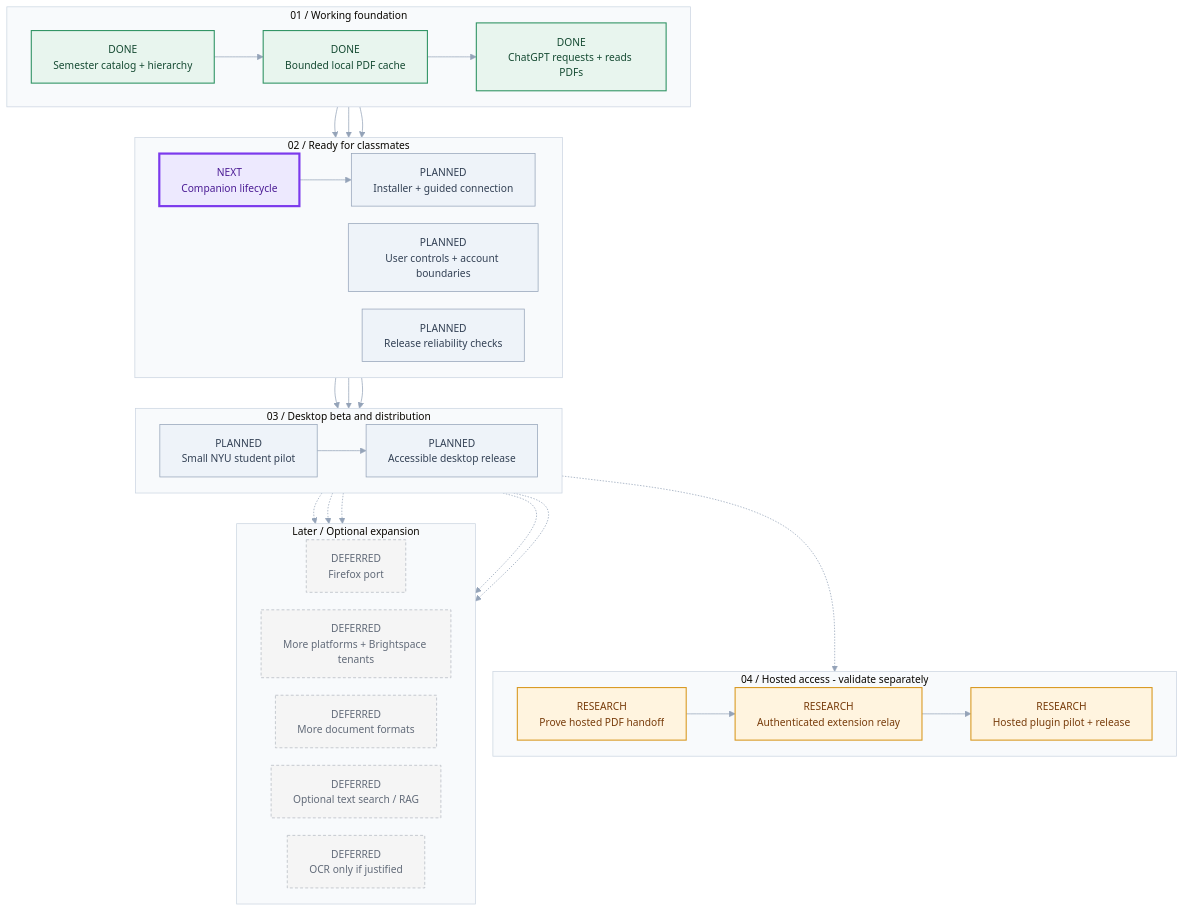
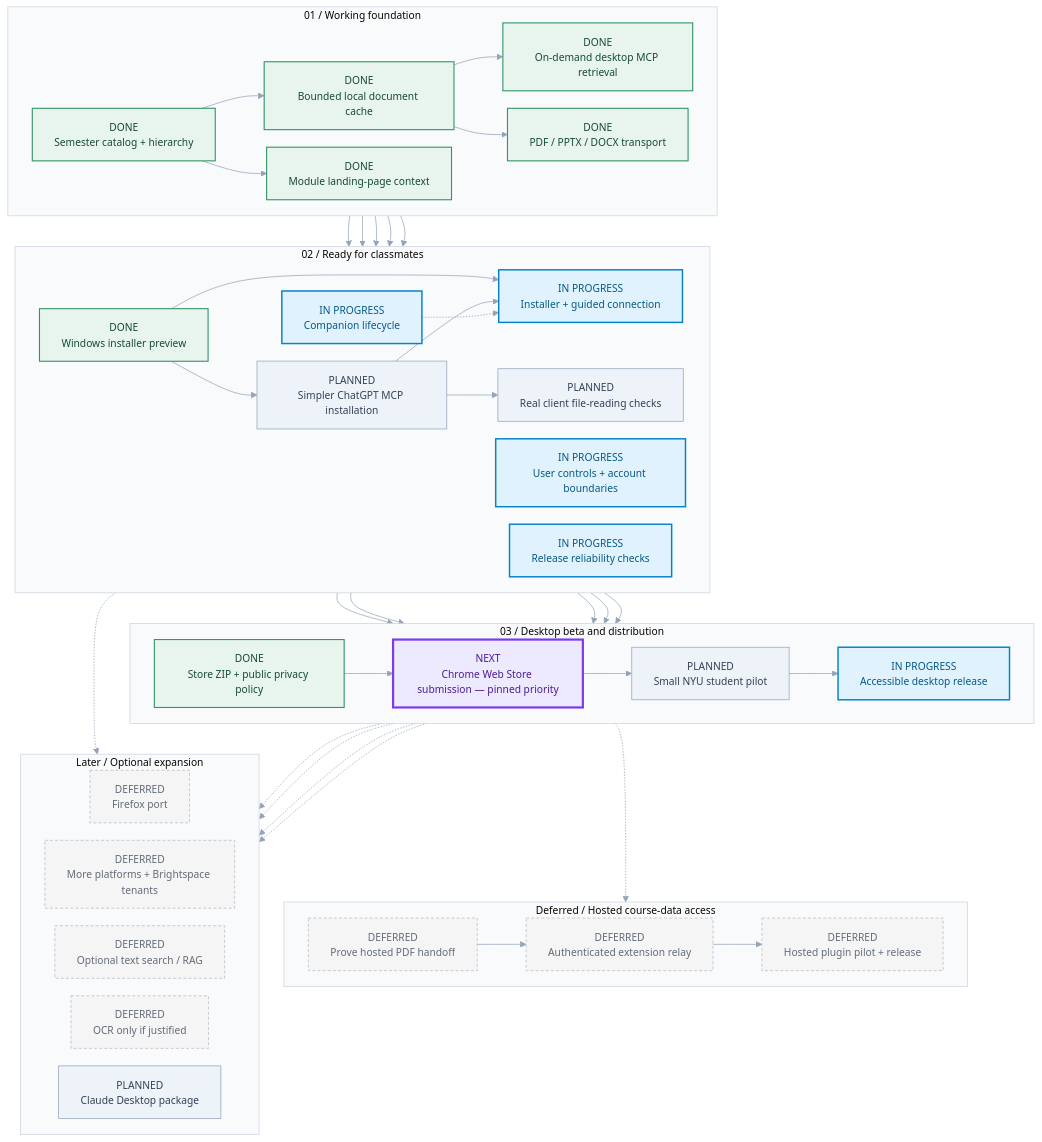
One commit to khin101wastaken/brightspace-context changed the diagram in docs/ROADMAP.md. Above: the diagram before and after it, drawn with Mermaid. The commit also changed other lines of this file and 67 other files, not shown here.

Commit message:
Prepare open-source preview with Office retrieval, module context and polished search

````diff
--- a/docs/ROADMAP.md
+++ b/docs/ROADMAP.md
@@ -11,60 +11,80 @@
 ```mermaid
 %% Generated from roadmap.json. Edit the source, then run npm run roadmap.
 %%{init: {"theme":"base","themeVariables":{"fontFamily":"Segoe UI, system-ui, sans-serif","fontSize":"14px","lineColor":"#94a3b8","clusterBkg":"#f8fafc","clusterBorder":"#cbd5e1","primaryTextColor":"#0f172a"},"flowchart":{"curve":"basis","nodeSpacing":24,"rankSpacing":42,"htmlLabels":true}}}%%
 flowchart TB
   subgraph p_core["01 / Working foundation"]
     direction LR
     m_catalog["DONE<br/>Semester catalog + hierarchy"]:::done
-    m_cache["DONE<br/>Bounded local PDF cache"]:::done
-    m_retrieval["DONE<br/>ChatGPT requests + reads PDFs"]:::done
+    m_cache["DONE<br/>Bounded local document cache"]:::done
+    m_retrieval["DONE<br/>On-demand desktop MCP retrieval"]:::done
+    m_formats["DONE<br/>PDF / PPTX / DOCX transport"]:::done
+    m_module_notes["DONE<br/>Module landing-page context"]:::done
   end
   subgraph p_readiness["02 / Ready for classmates"]
     direction LR
-    m_lifecycle["NEXT<br/>Companion lifecycle"]:::next
-    m_onboarding["PLANNED<br/>Installer + guided connection"]:::planned
-    m_controls["PLANNED<br/>User controls + account boundaries"]:::planned
-    m_hardening["PLANNED<br/>Release reliability checks"]:::planned
+    m_lifecycle["IN PROGRESS<br/>Companion lifecycle"]:::in_progress
+    m_onboarding["IN PROGRESS<br/>Installer + guided connection"]:::in_progress
+    m_controls["IN PROGRESS<br/>User controls + account boundaries"]:::in_progress
+    m_hardening["IN PROGRESS<br/>Release reliability checks"]:::in_progress
+    m_installer["DONE<br/>Windows installer preview"]:::done
+    m_mcp_install["PLANNED<br/>Simpler ChatGPT MCP installation"]:::planned
+    m_file_readers["PLANNED<br/>Real client file-reading checks"]:::planned
   end
   subgraph p_release["03 / Desktop beta and distribution"]
     direction LR
     m_pilot["PLANNED<br/>Small NYU student pilot"]:::planned
-    m_desktop_release["PLANNED<br/>Accessible desktop release"]:::planned
+    m_desktop_release["IN PROGRESS<br/>Accessible desktop release"]:::in_progress
+    m_store_assets["DONE<br/>Store ZIP + public privacy policy"]:::done
+    m_store_listing["NEXT<br/>Chrome Web Store submission — pinned priority"]:::next
   end
-  subgraph p_web["04 / Hosted access - validate separately"]
+  subgraph p_web["Deferred / Hosted course-data access"]
     direction LR
-    m_web_handoff["RESEARCH<br/>Prove hosted PDF handoff"]:::research
-    m_remote_bridge["RESEARCH<br/>Authenticated extension relay"]:::research
-    m_hosted_release["RESEARCH<br/>Hosted plugin pilot + release"]:::research
+    m_web_handoff["DEFERRED<br/>Prove hosted PDF handoff"]:::deferred
+    m_remote_bridge["DEFERRED<br/>Authenticated extension relay"]:::deferred
+    m_hosted_release["DEFERRED<br/>Hosted plugin pilot + release"]:::deferred
   end
   subgraph p_later["Later / Optional expansion"]
     direction LR
     m_firefox["DEFERRED<br/>Firefox port"]:::deferred
     m_platforms["DEFERRED<br/>More platforms + Brightspace tenants"]:::deferred
-    m_formats["DEFERRED<br/>More document formats"]:::deferred
     m_indexing["DEFERRED<br/>Optional text search / RAG"]:::deferred
     m_ocr["DEFERRED<br/>OCR only if justified"]:::deferred
+    m_claude["PLANNED<br/>Claude Desktop package"]:::planned
   end
   m_catalog --> m_cache
   m_cache --> m_retrieval
   m_retrieval --> m_lifecycle
-  m_lifecycle --> m_onboarding
   m_retrieval --> m_controls
   m_retrieval --> m_hardening
   m_onboarding --> m_pilot
   m_controls --> m_pilot
   m_hardening --> m_pilot
   m_pilot --> m_desktop_release
   m_desktop_release -.-> m_web_handoff
   m_web_handoff --> m_remote_bridge
   m_remote_bridge --> m_hosted_release
   m_desktop_release -.-> m_firefox
   m_desktop_release -.-> m_platforms
-  m_desktop_release -.-> m_formats
   m_desktop_release -.-> m_indexing
   m_desktop_release -.-> m_ocr
+  m_catalog --> m_module_notes
+  m_cache --> m_formats
+  m_retrieval --> m_installer
+  m_installer --> m_mcp_install
+  m_installer --> m_onboarding
+  m_mcp_install --> m_onboarding
+  m_lifecycle -.-> m_onboarding
+  m_formats --> m_file_readers
+  m_mcp_install --> m_file_readers
+  m_file_readers --> m_pilot
+  m_installer --> m_store_assets
+  m_store_assets --> m_store_listing
+  m_store_listing --> m_pilot
+  m_installer -.-> m_claude
   classDef done fill:#e8f5ee,stroke:#319465,color:#164b33,stroke-width:1.5px;
+  classDef in_progress fill:#e0f2fe,stroke:#0284c7,color:#075985,stroke-width:2px;
   classDef next fill:#ede9fe,stroke:#7c3aed,color:#4c1d95,stroke-width:3px;
   classDef planned fill:#eef3f9,stroke:#94a3b8,color:#334155,stroke-width:1px;
   classDef research fill:#fff4df,stroke:#d99a24,color:#783c0b,stroke-width:1.5px;
   classDef deferred fill:#f5f5f5,stroke:#b4b9c2,color:#626b79,stroke-dasharray:4 3;
 ```
````
